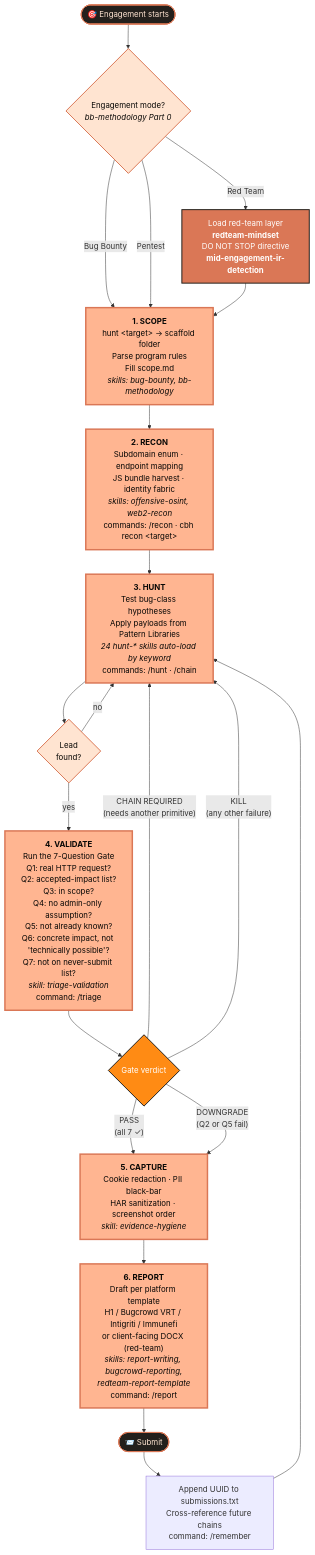
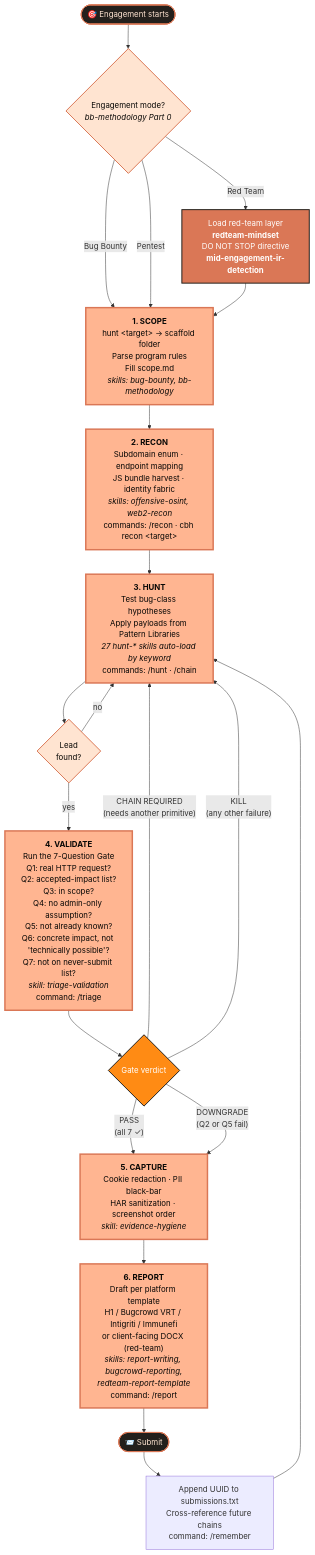
One commit to AliMousaviSoft/Claude-BugHunter changed the second of 2 diagrams in README.md. Above: the diagram before and after it, drawn with Mermaid. The commit also changed other lines of this file and 3 other files, not shown here.

First line of the commit message:
Refresh architecture doc + diagrams; remove Beginner FAQ from README

````diff
--- a/README.md
+++ b/README.md
@@ -151,46 +151,46 @@
 ```mermaid
 flowchart TD
     classDef phase fill:#FFB591,stroke:#DA7756,stroke-width:3px,color:#080705
     classDef gate fill:#FF8B14,stroke:#23201C,stroke-width:2px,color:#fff
     classDef decision fill:#FFE4D1,stroke:#DA7756,stroke-width:2px,color:#080705
     classDef terminal fill:#23201C,stroke:#DA7756,stroke-width:2px,color:#FFE4D1
     classDef discipline fill:#DA7756,stroke:#23201C,stroke-width:2px,color:#fff
 
     Start(["🎯 Engagement starts"]):::terminal --> Mode
 
     Mode{"Engagement mode?<br/><i>bb-methodology Part 0</i>"}:::decision
     Mode -->|"Bug Bounty"| Scope
     Mode -->|"Red Team"| RTSetup
     Mode -->|"Pentest"| Scope
 
     RTSetup["Load red-team layer<br/><b>redteam-mindset</b><br/>DO NOT STOP directive<br/><b>mid-engagement-ir-detection</b>"]:::discipline
     RTSetup --> Scope
 
     Scope["<b>1. SCOPE</b><br/>hunt &lt;target&gt; → scaffold folder<br/>Parse program rules<br/>Fill scope.md<br/><i>skills: bug-bounty, bb-methodology</i>"]:::phase
     Scope --> Recon
 
     Recon["<b>2. RECON</b><br/>Subdomain enum · endpoint mapping<br/>JS bundle harvest · identity fabric<br/><i>skills: offensive-osint, web2-recon</i><br/>commands: /recon · cbh recon &lt;target&gt;"]:::phase
     Recon --> Hunt
 
-    Hunt["<b>3. HUNT</b><br/>Test bug-class hypotheses<br/>Apply payloads from Pattern Libraries<br/><i>24 hunt-* skills auto-load by keyword</i><br/>commands: /hunt · /chain"]:::phase
+    Hunt["<b>3. HUNT</b><br/>Test bug-class hypotheses<br/>Apply payloads from Pattern Libraries<br/><i>27 hunt-* skills auto-load by keyword</i><br/>commands: /hunt · /chain"]:::phase
     Hunt --> Found{"Lead<br/>found?"}:::decision
     Found -->|"no"| Hunt
     Found -->|"yes"| Validate
 
     Validate["<b>4. VALIDATE</b><br/>Run the 7-Question Gate<br/>Q1: real HTTP request?<br/>Q2: accepted-impact list?<br/>Q3: in scope?<br/>Q4: no admin-only assumption?<br/>Q5: not already known?<br/>Q6: concrete impact, not 'technically possible'?<br/>Q7: not on never-submit list?<br/><i>skill: triage-validation</i><br/>command: /triage"]:::phase
     Validate --> Verdict{"Gate verdict"}:::gate
 
     Verdict -->|"PASS<br/>(all 7 ✓)"| Capture
     Verdict -->|"DOWNGRADE<br/>(Q2 or Q5 fail)"| Capture
     Verdict -->|"CHAIN REQUIRED<br/>(needs another primitive)"| Hunt
     Verdict -->|"KILL<br/>(any other failure)"| Hunt
 
     Capture["<b>5. CAPTURE</b><br/>Cookie redaction · PII black-bar<br/>HAR sanitization · screenshot order<br/><i>skill: evidence-hygiene</i>"]:::phase
     Capture --> Report
 
     Report["<b>6. REPORT</b><br/>Draft per platform template<br/>H1 / Bugcrowd VRT / Intigriti / Immunefi<br/>or client-facing DOCX (red-team)<br/><i>skills: report-writing, bugcrowd-reporting,<br/>redteam-report-template</i><br/>command: /report"]:::phase
     Report --> Submit(["📨 Submit"]):::terminal
 
     Submit --> Track["Append UUID to submissions.txt<br/>Cross-reference future chains<br/>command: /remember"]
     Track --> Hunt
 ```
````
